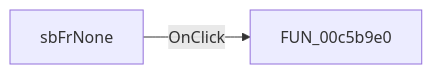
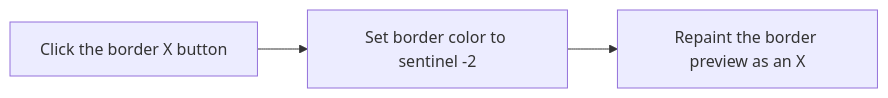
One commit to MovGP0/TIARA changed the diagram in docs/ui-controls/frmshapeprops/sbfrnone-03b2668316.md. Above: the diagram before and after it, drawn with Mermaid. The commit also changed other lines of this file and 387 other files, not shown here.

````diff
--- a/docs/ui-controls/frmshapeprops/sbfrnone-03b2668316.md
+++ b/docs/ui-controls/frmshapeprops/sbfrnone-03b2668316.md
@@ -27,4 +27,5 @@
 ```mermaid
 flowchart LR
-    control["sbFrNone"] -->|OnClick| handler["FUN_00c5b9e0"]
+    control["Click the border X button"] --> clear["Set border color to sentinel -2"]
+    clear --> repaint["Repaint the border preview as an X"]
 ```
````
